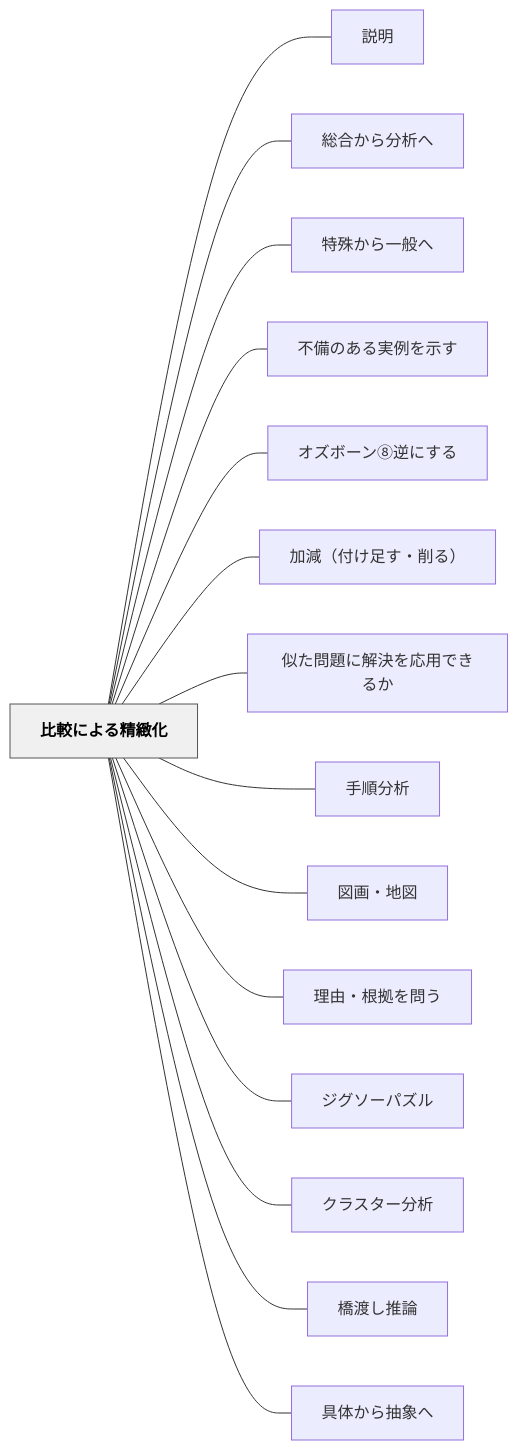
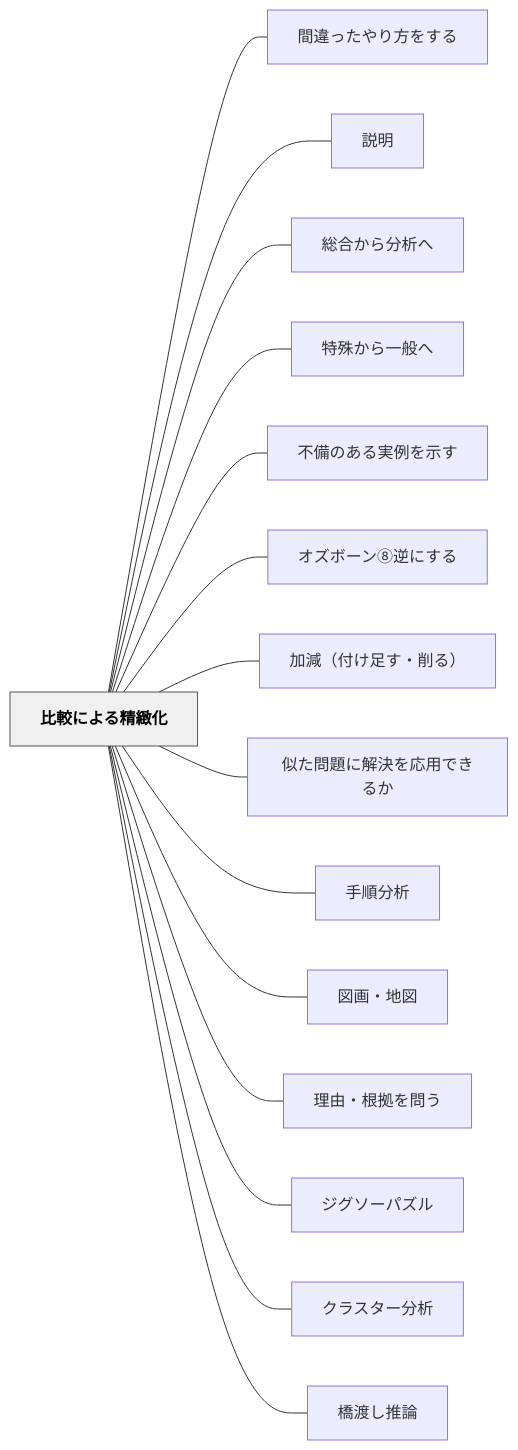
One commit to unknownthings-ed-patterns/unknownthings-ed-patterns changed the diagram in content/パタン/比較による精緻化.md. Above: the diagram before and after it, drawn with Mermaid. The commit also changed other lines of this file and 20 other files, not shown here.

````diff
--- a/content/パタン/比較による精緻化.md
+++ b/content/パタン/比較による精緻化.md
@@ -51,36 +51,36 @@
 ```mermaid
 flowchart LR
     ne6af94e8bc83e381abe38288e3828be7b2bee7b7bbe58c96["比較による精緻化"]
+    ne99693e98195e381a3e3819fe38284e3828ae696b9e38292e38199e3828b["間違ったやり方をする"]
     ne8aaace6988e["説明"]
     ne7b78fe59088e3818be38289e58886e69e90e381b8["総合から分析へ"]
     ne789b9e6ae8ae3818be38289e4b880e888ace381b8["特殊から一般へ"]
     ne4b88de58299e381aee38182e3828be5ae9fe4be8be38292e7a4bae38199["不備のある実例を示す"]
     ne382aae382bae3839ce383bce383b3e291a7e98086e381abe38199e3828b["オズボーン⑧逆にする"]
     ne58aa0e6b89befbc88e4bb98e38191e8b6b3e38199e383bbe5898ae3828befbc89["加減（付け足す・削る）"]
     ne4bcbce3819fe5958fe9a18ce381abe8a7a3e6b1bae38292e5bf9ce794a8e381a7e3818de3828be3818b["似た問題に解決を応用できるか"]
     ne6898be9a086e58886e69e90["手順分析"]
     ne59bb3e794bbe383bbe59cb0e59bb3["図画・地図"]
     ne79086e794b1e383bbe6a0b9e68ba0e38292e5958fe38186["理由・根拠を問う"]
     ne382b8e382b0e382bde383bce38391e382bae383ab["ジグソーパズル"]
     ne382afe383a9e382b9e382bfe383bce58886e69e90["クラスター分析"]
     ne6a98be6b8a1e38197e68ea8e8ab96["橋渡し推論"]
-    ne585b7e4bd93e3818be38289e68abde8b1a1e381b8["具体から抽象へ"]
 
+    ne6af94e8bc83e381abe38288e3828be7b2bee7b7bbe58c96 --- ne99693e98195e381a3e3819fe38284e3828ae696b9e38292e38199e3828b
     ne6af94e8bc83e381abe38288e3828be7b2bee7b7bbe58c96 --- ne8aaace6988e
     ne6af94e8bc83e381abe38288e3828be7b2bee7b7bbe58c96 --- ne7b78fe59088e3818be38289e58886e69e90e381b8
     ne6af94e8bc83e381abe38288e3828be7b2bee7b7bbe58c96 --- ne789b9e6ae8ae3818be38289e4b880e888ace381b8
     ne6af94e8bc83e381abe38288e3828be7b2bee7b7bbe58c96 --- ne4b88de58299e381aee38182e3828be5ae9fe4be8be38292e7a4bae38199
     ne6af94e8bc83e381abe38288e3828be7b2bee7b7bbe58c96 --- ne382aae382bae3839ce383bce383b3e291a7e98086e381abe38199e3828b
     ne6af94e8bc83e381abe38288e3828be7b2bee7b7bbe58c96 --- ne58aa0e6b89befbc88e4bb98e38191e8b6b3e38199e383bbe5898ae3828befbc89
     ne6af94e8bc83e381abe38288e3828be7b2bee7b7bbe58c96 --- ne4bcbce3819fe5958fe9a18ce381abe8a7a3e6b1bae38292e5bf9ce794a8e381a7e3818de3828be3818b
     ne6af94e8bc83e381abe38288e3828be7b2bee7b7bbe58c96 --- ne6898be9a086e58886e69e90
     ne6af94e8bc83e381abe38288e3828be7b2bee7b7bbe58c96 --- ne59bb3e794bbe383bbe59cb0e59bb3
     ne6af94e8bc83e381abe38288e3828be7b2bee7b7bbe58c96 --- ne79086e794b1e383bbe6a0b9e68ba0e38292e5958fe38186
     ne6af94e8bc83e381abe38288e3828be7b2bee7b7bbe58c96 --- ne382b8e382b0e382bde383bce38391e382bae383ab
     ne6af94e8bc83e381abe38288e3828be7b2bee7b7bbe58c96 --- ne382afe383a9e382b9e382bfe383bce58886e69e90
     ne6af94e8bc83e381abe38288e3828be7b2bee7b7bbe58c96 --- ne6a98be6b8a1e38197e68ea8e8ab96
-    ne6af94e8bc83e381abe38288e3828be7b2bee7b7bbe58c96 --- ne585b7e4bd93e3818be38289e68abde8b1a1e381b8
 
     classDef hub fill:#f0f0f0,stroke:#555,color:#000,font-weight:bold
     class ne6af94e8bc83e381abe38288e3828be7b2bee7b7bbe58c96 hub
 ```
````
